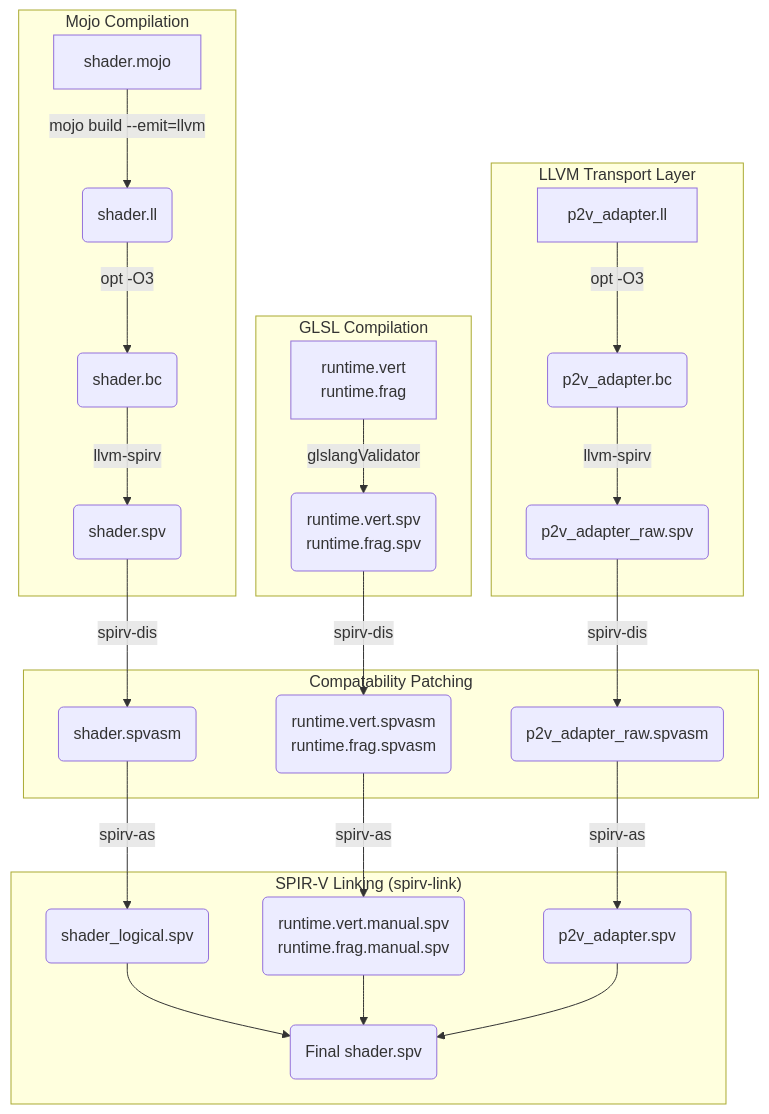
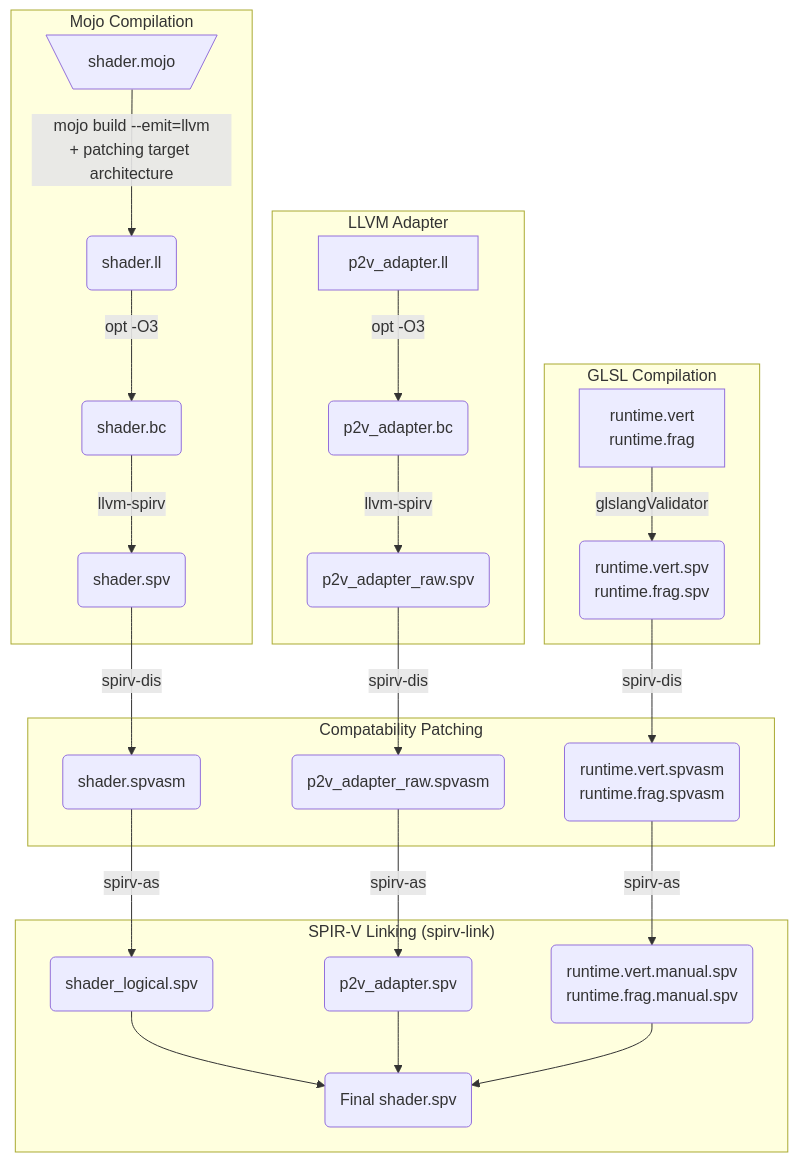
The first of 2 diagrams in tachyon-sdk-mojo/README.md (annhilati/tachyon), drawn with Mermaid before and after one commit. The commit also changed other lines of this file and 4 other files, not shown here.

````diff
--- a/tachyon-sdk-mojo/README.md
+++ b/tachyon-sdk-mojo/README.md
@@ -3,32 +3,32 @@
 ```mermaid
 flowchart TD
     subgraph Mojo ["Mojo Compilation"]
-        M1[shader.mojo] -->|mojo build --emit=llvm| M2
+        M1[\shader.mojo/] -->|mojo build --emit=llvm<br>+ patching target architecture| M2
         M2(shader.ll) -->|opt -O3| M3
         M3(shader.bc) -->|llvm-spirv| M4(shader.spv)
     end
 
-    subgraph Transport ["LLVM Transport Layer"]
+    subgraph Adapter ["LLVM Adapter"]
         T1[p2v_adapter.ll] -->|opt -O3| T2
         T2(p2v_adapter.bc) -->|llvm-spirv| T3(p2v_adapter_raw.spv)
     end
 
     subgraph GLSL ["GLSL Compilation"]
         R1[runtime.vert<br>runtime.frag] -->|glslangValidator| R2(runtime.vert.spv<br>runtime.frag.spv)
     end
     
     subgraph Patching ["Compatability Patching"]
         M4 -->|spirv-dis| P1(shader.spvasm)
+        T3 -->|spirv-dis| P2(p2v_adapter_raw.spvasm)
         R2 -->|spirv-dis| R3(runtime.vert.spvasm<br>runtime.frag.spvasm)
-        T3 -->|spirv-dis| P2(p2v_adapter_raw.spvasm)
     end
     
     subgraph Linking ["SPIR-V Linking (spirv-link)"]
-        P1 -->|spirv-as| L1
-        R3 -->|spirv-as| L2
-        P2 -->|spirv-as| L3
-        L1(shader_logical.spv) --> LF(Final shader.spv)
-        L2(runtime.vert.manual.spv<br>runtime.frag.manual.spv) --> LF
-        L3(p2v_adapter.spv) --> LF
+        P1 -->|spirv-as| L1(shader_logical.spv)
+        P2 -->|spirv-as| L3(p2v_adapter.spv)
+        R3 -->|spirv-as| L2(runtime.vert.manual.spv<br>runtime.frag.manual.spv)
+        L1 --> LF(Final shader.spv)
+        L3 --> LF
+        L2 --> LF
     end
 ```
````
